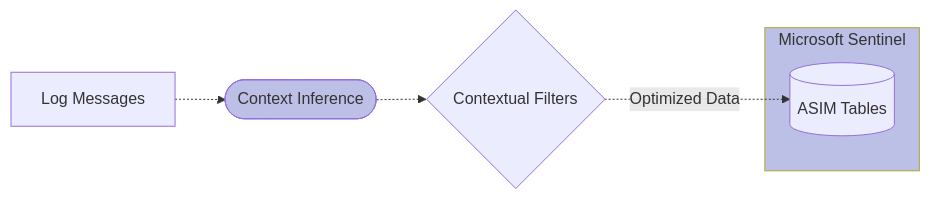
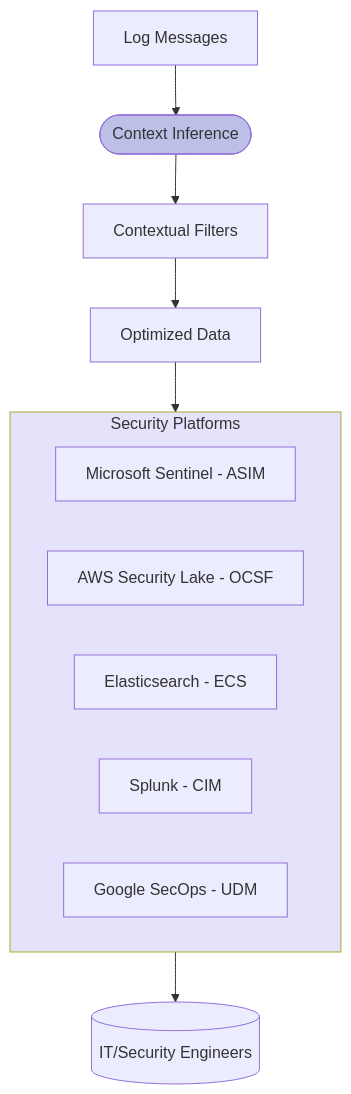
One commit to VirtualMetric/virtualmetric-docs changed the eighth of 8 diagrams in docs/about/key-features.mdx. Above: the diagram before and after it, drawn with Mermaid. The commit also changed other lines of this file and 9 other files, not shown here.

````diff
--- a/docs/about/key-features.mdx
+++ b/docs/about/key-features.mdx
@@ -334,14 +302,25 @@
 ```mermaid
-graph LR
-    Log[Log Messages] -.-> Context([Context Inference])
-    Context -.-> Filter{Contextual Filters}
+graph TD
+    Log[Log Messages]
     
-    subgraph Sentinel[Microsoft Sentinel]
-        ASIM[(ASIM Tables)]
+    Log --> Context([Context Inference])
+    
+    Context --> Filter[Contextual Filters]
+    
+    Filter --> OptData[Optimized Data]
+    
+    subgraph Platforms[Security Platforms]
+        MS[Microsoft Sentinel - ASIM]
+        ASL[AWS Security Lake - OCSF]
+        ES[Elasticsearch - ECS]
+        SP[Splunk - CIM]
+        UDM[Google SecOps - UDM]
     end
     
-    Filter -.-> |Optimized Data| ASIM
+    OptData --> Platforms
     
-    style Sentinel fill:#BCC0E7
+    Platforms --> Engineers[(IT/Security Engineers)]
+    
     style Context fill:#BCC0E7
+    style Platforms fill:#E5E2FB
 ```
````
